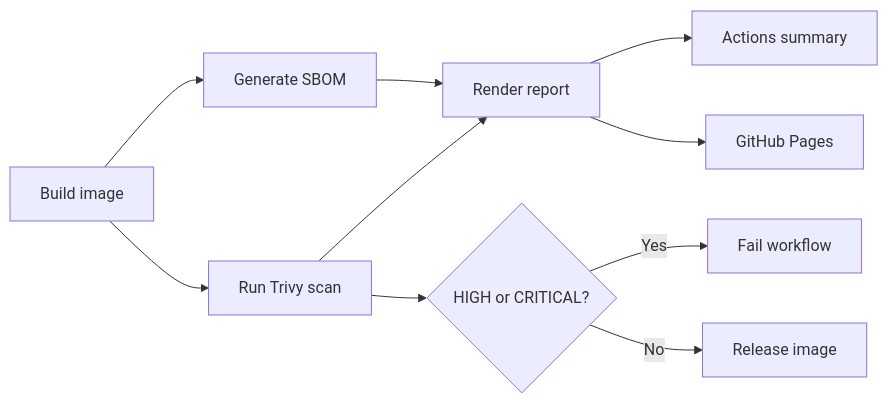
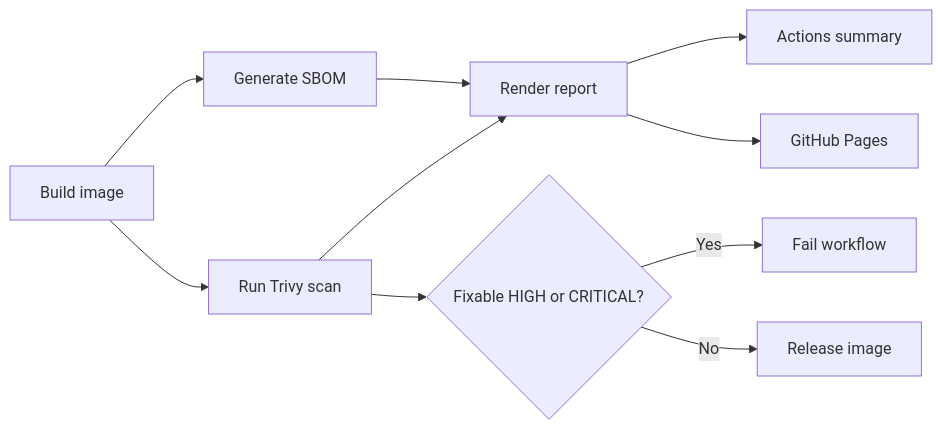
Before and after one commit to gajapriyanagulraj/lockbox: the diagram in docs/reporting.md, drawn with Mermaid. The commit also changed other lines of this file and 2 other files, not shown here.

Commit message:
Enhance vulnerability gate to ignore unfixed issues and update reporting for fixable vulnerabilities

````diff
--- a/docs/reporting.md
+++ b/docs/reporting.md
@@ -27,12 +27,12 @@
 ```mermaid
 flowchart LR
     A[Build image] --> B[Generate SBOM]
     A --> C[Run Trivy scan]
     B --> D[Render report]
     C --> D
     D --> E[Actions summary]
     D --> F[GitHub Pages]
-    C --> G{HIGH or CRITICAL?}
+    C --> G{Fixable HIGH or CRITICAL?}
     G -- Yes --> H[Fail workflow]
     G -- No --> I[Release image]
 ```
````
